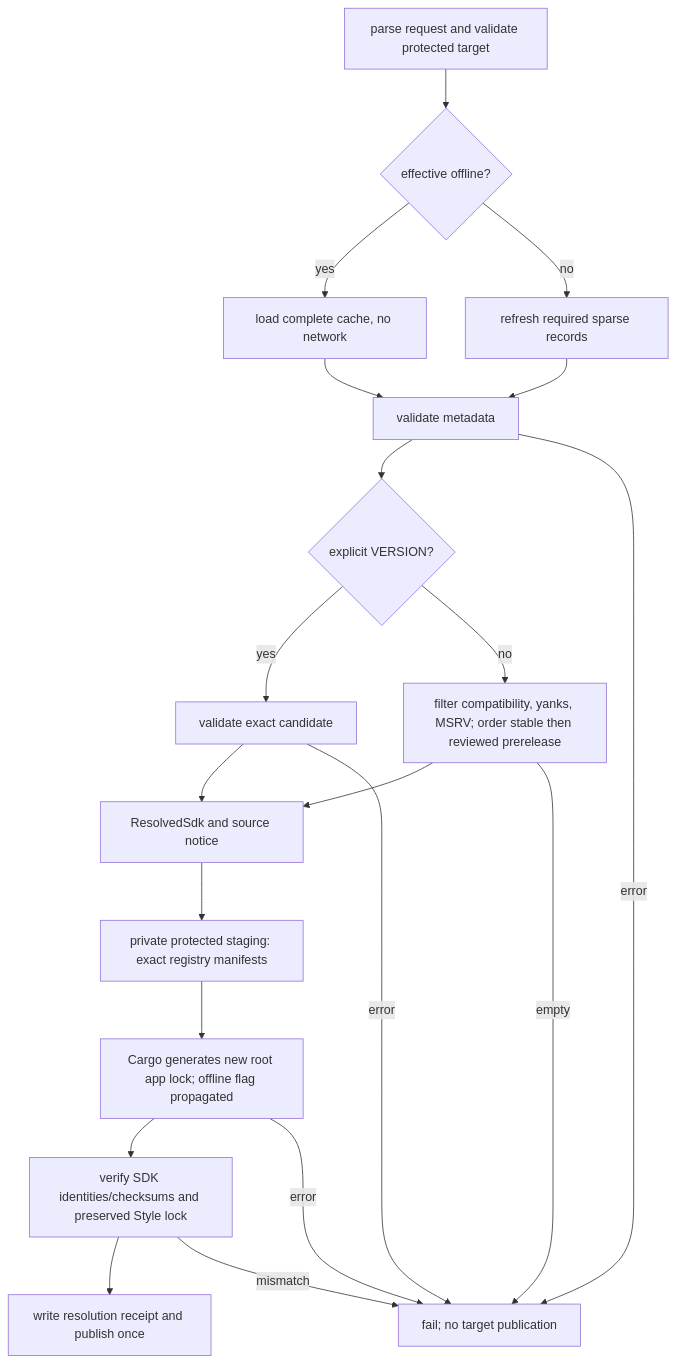
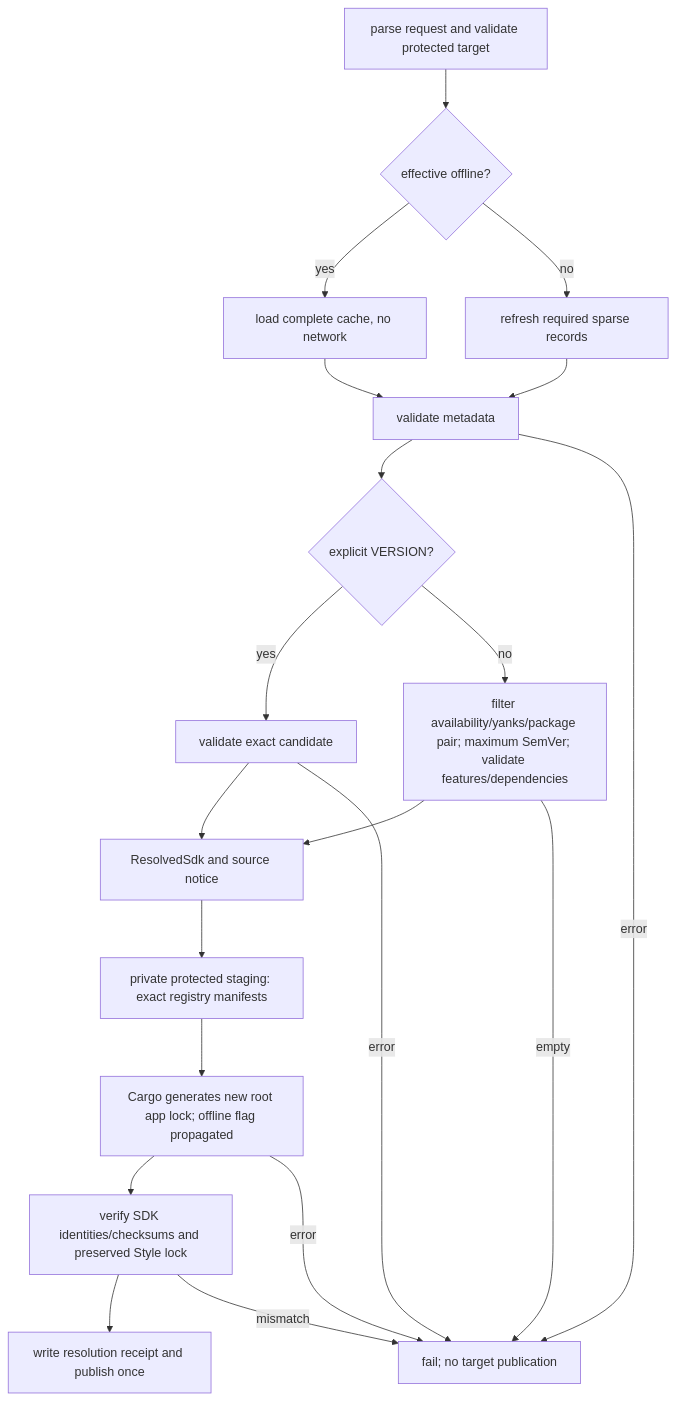
The second of 2 diagrams in docs/YT-247-SDK-VERSION-RESOLUTION-CONTRACT.md (bohewu/yetlet), drawn with Mermaid before and after one commit. The commit also changed other lines of this file and 27 other files, not shown here.

````diff
--- a/docs/YT-247-SDK-VERSION-RESOLUTION-CONTRACT.md
+++ b/docs/YT-247-SDK-VERSION-RESOLUTION-CONTRACT.md
@@ -247,22 +280,22 @@
 ```mermaid
 flowchart TD
     A["parse request and validate protected target"] --> B{"effective offline?"}
     B -->|yes| C["load complete cache, no network"]
     B -->|no| D["refresh required sparse records"]
     C --> E["validate metadata"]
     D --> E
     E --> F{"explicit VERSION?"}
     F -->|yes| G["validate exact candidate"]
-    F -->|no| H["filter compatibility, yanks, MSRV; order stable then reviewed prerelease"]
+    F -->|no| H["filter availability/yanks/package pair; maximum SemVer; validate features/dependencies"]
     G --> I["ResolvedSdk and source notice"]
     H --> I
     I --> J["private protected staging: exact registry manifests"]
     J --> K["Cargo generates new root app lock; offline flag propagated"]
     K --> L["verify SDK identities/checksums and preserved Style lock"]
     L --> M["write resolution receipt and publish once"]
     E -->|error| X["fail; no target publication"]
     G -->|error| X
     H -->|empty| X
     K -->|error| X
     L -->|mismatch| X
 ```
````
